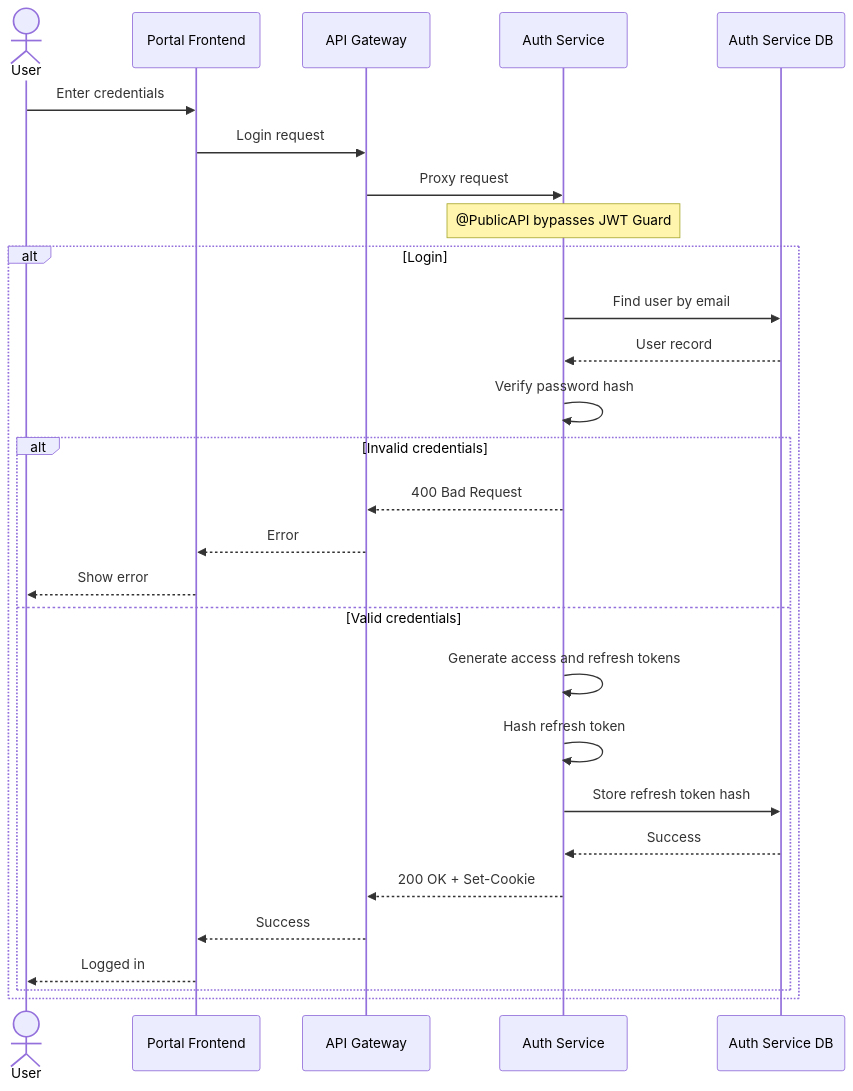
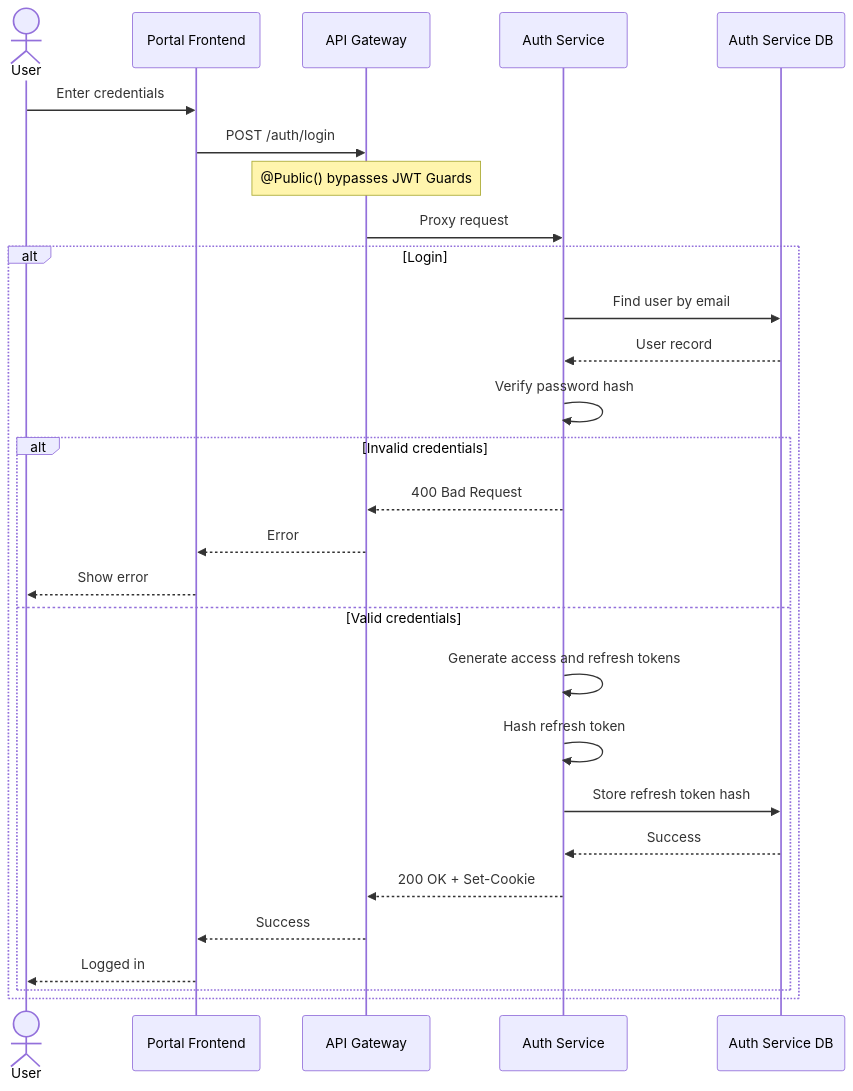
One commit to aoda-zhang/PawHaven-FullStack-React-NodeJS changed the second of 4 diagrams in docs/authentication_architecture.md. Above: the diagram before and after it, drawn with Mermaid. The commit also changed other lines of this file and 11 other files, not shown here.

Commit message:
refactor(auth): remove old JWT middleware and implement guards for token refresh and verification

````diff
--- a/docs/authentication_architecture.md
+++ b/docs/authentication_architecture.md
@@ -71,33 +70,34 @@
 ```mermaid
 sequenceDiagram
     actor User
     participant Portal as Portal Frontend
     participant Gateway as API Gateway
     participant AuthService as Auth Service
     participant AuthDB as Auth Service DB
 
     User->>Portal: Enter credentials
-    Portal->>Gateway: Login request
+    Portal->>Gateway: POST /auth/login
+
+    Note over Gateway: @Public() bypasses JWT Guards
+
     Gateway->>AuthService: Proxy request
-
-    Note over AuthService: @PublicAPI bypasses JWT Guard
 
     alt Login
         AuthService->>AuthDB: Find user by email
         AuthDB-->>AuthService: User record
         AuthService->>AuthService: Verify password hash
         alt Invalid credentials
             AuthService-->>Gateway: 400 Bad Request
             Gateway-->>Portal: Error
             Portal-->>User: Show error
         else Valid credentials
             AuthService->>AuthService: Generate access and refresh tokens
             AuthService->>AuthService: Hash refresh token
             AuthService->>AuthDB: Store refresh token hash
             AuthDB-->>AuthService: Success
             AuthService-->>Gateway: 200 OK + Set-Cookie
             Gateway-->>Portal: Success
             Portal-->>User: Logged in
         end
     end
 ```
````
